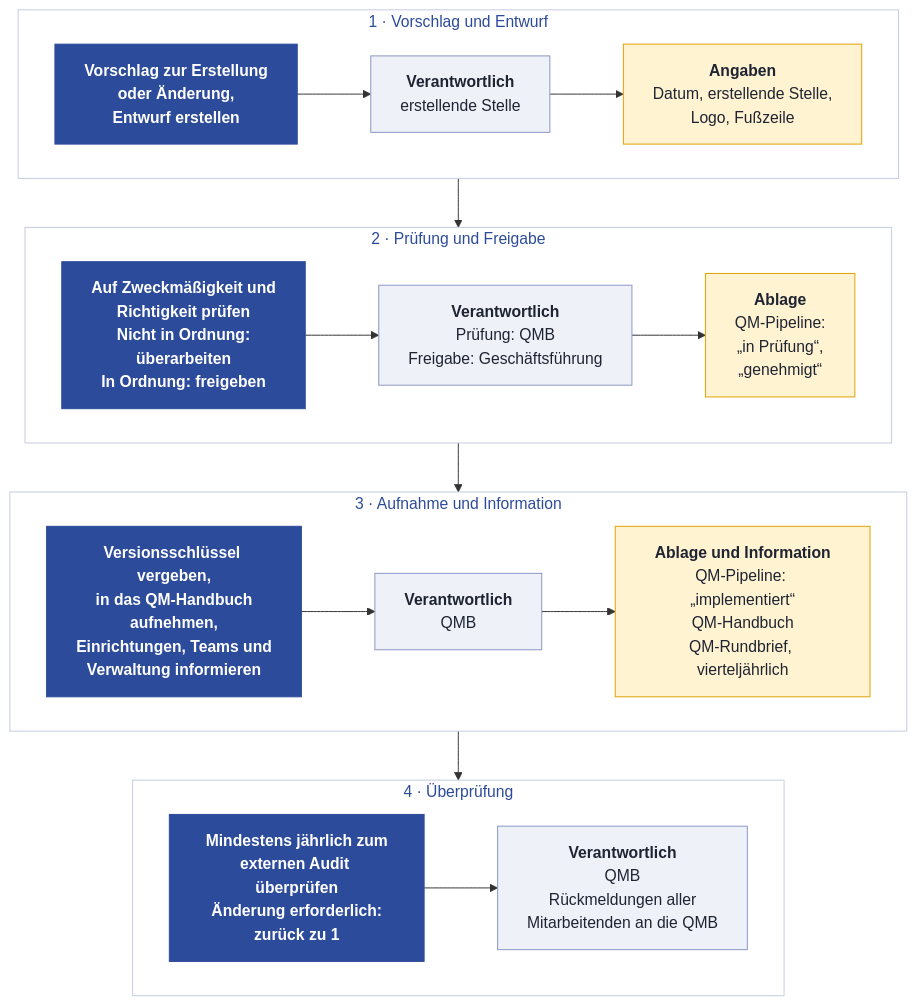
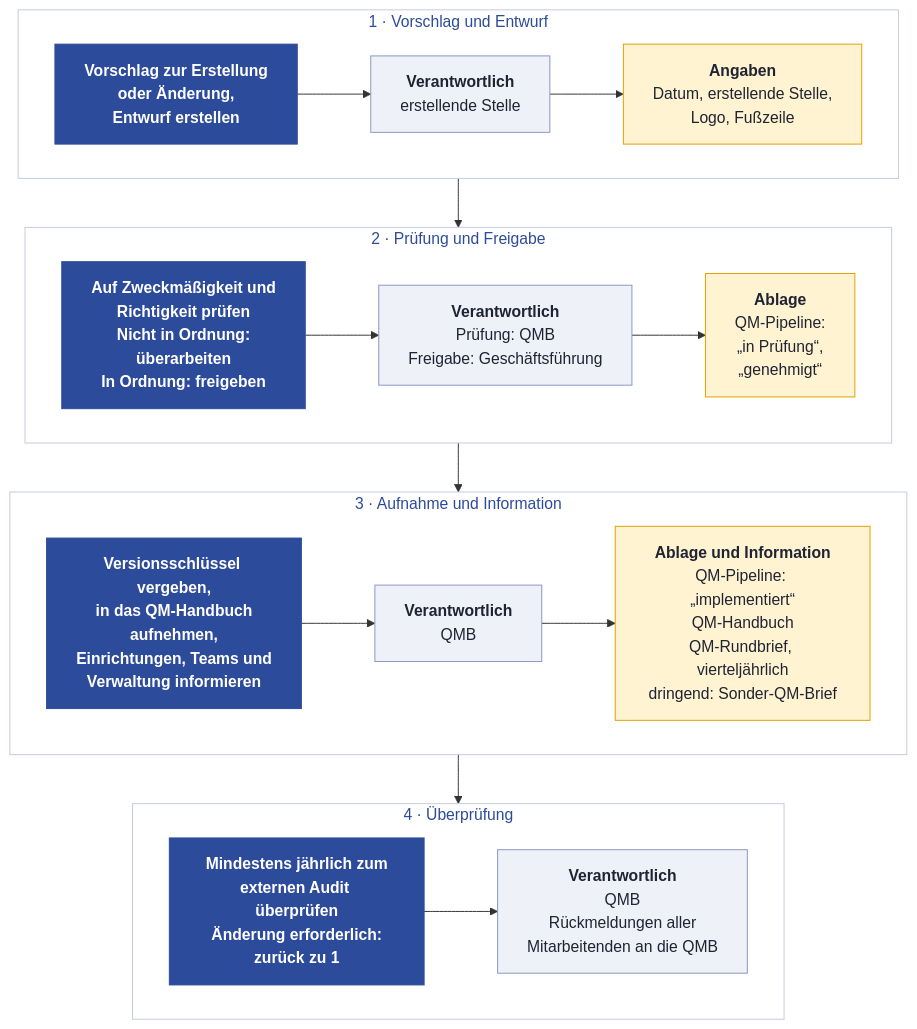
The diagram in handbuch/8.9.3_lenkung-dokumente.md (BSBSWS/qm), drawn with Mermaid before and after one commit. The commit also changed other lines of this file and 19 other files, not shown here.

First line of the commit message:
8.9.3: Vorschlag, Risikobetrachtung und Leitfragen bestätigt; Sonder-QM-Brief

````diff
--- a/handbuch/8.9.3_lenkung-dokumente.md
+++ b/handbuch/8.9.3_lenkung-dokumente.md
@@ -27,30 +27,30 @@
 ```mermaid
 flowchart TB
     subgraph P1["1 · Vorschlag und Entwurf"]
         direction LR
         A["Vorschlag zur Erstellung<br/>oder Änderung,<br/>Entwurf erstellen"] --> A1["<b>Verantwortlich</b><br/>erstellende Stelle"] --> A2["<b>Angaben</b><br/>Datum, erstellende Stelle,<br/>Logo, Fußzeile"]
     end
     subgraph P2["2 · Prüfung und Freigabe"]
         direction LR
         B["Auf Zweckmäßigkeit und<br/>Richtigkeit prüfen<br/>Nicht in Ordnung:<br/>überarbeiten<br/>In Ordnung: freigeben"] --> B1["<b>Verantwortlich</b><br/>Prüfung: QMB<br/>Freigabe: Geschäftsführung"] --> B2["<b>Ablage</b><br/>QM-Pipeline:<br/>„in Prüfung“,<br/>„genehmigt“"]
     end
     subgraph P3["3 · Aufnahme und Information"]
         direction LR
-        C["Versionsschlüssel vergeben,<br/>in das QM-Handbuch<br/>aufnehmen,<br/>Einrichtungen, Teams und<br/>Verwaltung informieren"] --> C1["<b>Verantwortlich</b><br/>QMB"] --> C2["<b>Ablage und Information</b><br/>QM-Pipeline: „implementiert“<br/>QM-Handbuch<br/>QM-Rundbrief, vierteljährlich"]
+        C["Versionsschlüssel vergeben,<br/>in das QM-Handbuch<br/>aufnehmen,<br/>Einrichtungen, Teams und<br/>Verwaltung informieren"] --> C1["<b>Verantwortlich</b><br/>QMB"] --> C2["<b>Ablage und Information</b><br/>QM-Pipeline: „implementiert“<br/>QM-Handbuch<br/>QM-Rundbrief, vierteljährlich<br/>dringend: Sonder-QM-Brief"]
     end
     subgraph P4["4 · Überprüfung"]
         direction LR
         D["Mindestens jährlich zum<br/>externen Audit überprüfen<br/>Änderung erforderlich:<br/>zurück zu 1"] --> D1["<b>Verantwortlich</b><br/>QMB<br/>Rückmeldungen aller<br/>Mitarbeitenden an die QMB"]
     end
     P1 --> P2 --> P3 --> P4
     classDef schritt fill:#2D4B9B,stroke:#2D4B9B,color:#FFFFFF,font-weight:bold
     classDef inhalt fill:#EEF1F8,stroke:#8A96C4,color:#1F2433
     classDef dokument fill:#FFF3D1,stroke:#E0A100,color:#1F2433
     class A,B,C,D schritt
     class A1,B1,C1,D1 inhalt
     class A2,B2,C2 dokument
     style P1 fill:#FFFFFF,stroke:#C5CBE0,color:#2D4B9B
     style P2 fill:#FFFFFF,stroke:#C5CBE0,color:#2D4B9B
     style P3 fill:#FFFFFF,stroke:#C5CBE0,color:#2D4B9B
     style P4 fill:#FFFFFF,stroke:#C5CBE0,color:#2D4B9B
 ```
````
